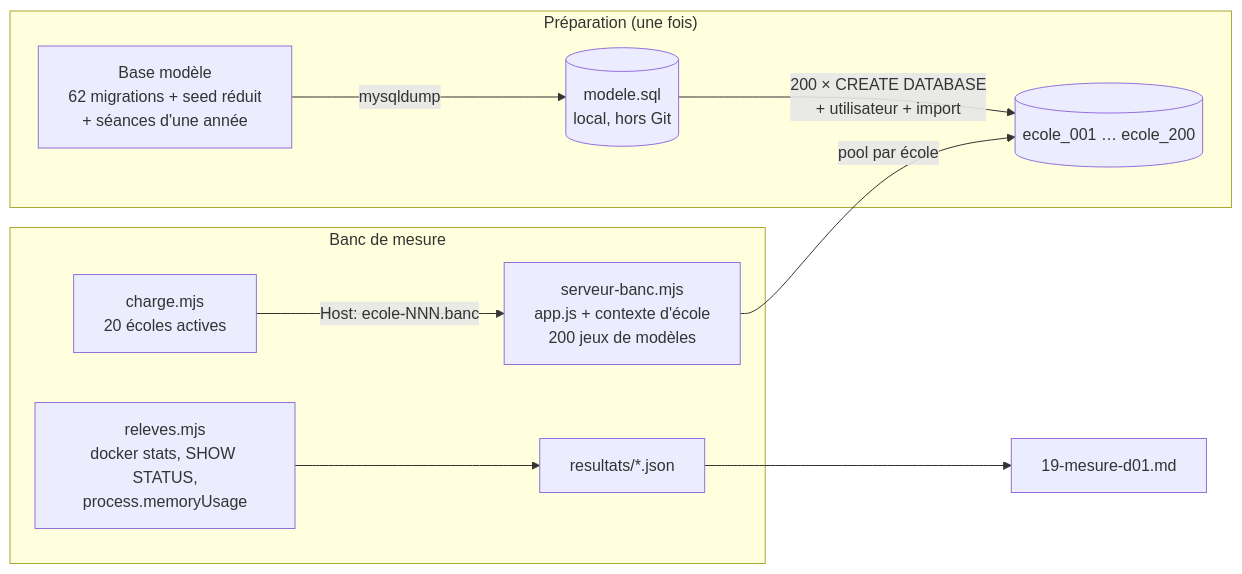
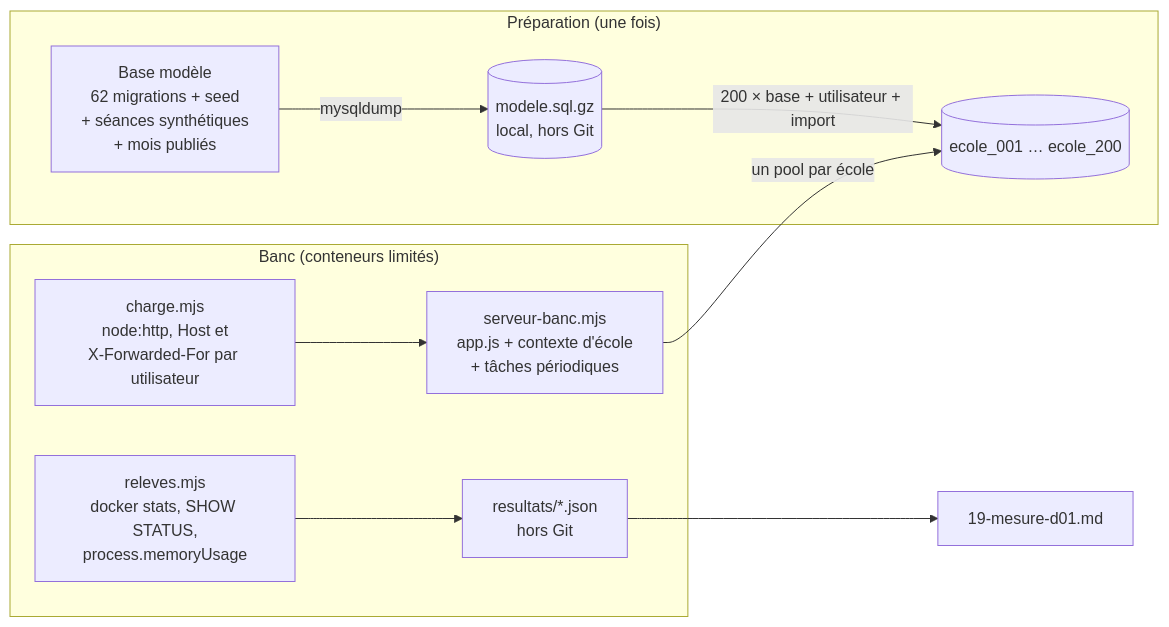
The first of 2 diagrams in docs/conception/plateforme/pla-06-mesure-d01.md (Claude20022002/plan_B_projet_PACTE), drawn with Mermaid before and after one commit. The commit also changed other lines of this file and 3 other files, not shown here.

````diff
--- a/docs/conception/plateforme/pla-06-mesure-d01.md
+++ b/docs/conception/plateforme/pla-06-mesure-d01.md
@@ -71,13 +77,13 @@
 ```mermaid
 flowchart LR
     subgraph Preparation["Préparation (une fois)"]
-        A[Base modèle<br/>62 migrations + seed réduit<br/>+ séances d'une année] -->|mysqldump| B[(modele.sql<br/>local, hors Git)]
-        B -->|"200 × CREATE DATABASE<br/>+ utilisateur + import"| C[(ecole_001 … ecole_200)]
+        A[Base modèle<br/>62 migrations + seed<br/>+ séances synthétiques<br/>+ mois publiés] -->|mysqldump| B[(modele.sql.gz<br/>local, hors Git)]
+        B -->|"200 × base + utilisateur + import"| C[(ecole_001 … ecole_200)]
     end
-    subgraph Banc["Banc de mesure"]
-        D[serveur-banc.mjs<br/>app.js + contexte d'école<br/>200 jeux de modèles] -->|pool par école| C
-        E[charge.mjs<br/>20 écoles actives] -->|"Host: ecole-NNN.banc"| D
-        F[releves.mjs<br/>docker stats, SHOW STATUS,<br/>process.memoryUsage] --> G[resultats/*.json]
+    subgraph Banc["Banc (conteneurs limités)"]
+        D[serveur-banc.mjs<br/>app.js + contexte d'école<br/>+ tâches périodiques] -->|un pool par école| C
+        E[charge.mjs<br/>node:http, Host et<br/>X-Forwarded-For par utilisateur] --> D
+        F[releves.mjs<br/>docker stats, SHOW STATUS,<br/>process.memoryUsage] --> G[resultats/*.json<br/>hors Git]
     end
     G --> H[19-mesure-d01.md]
 ```
````
